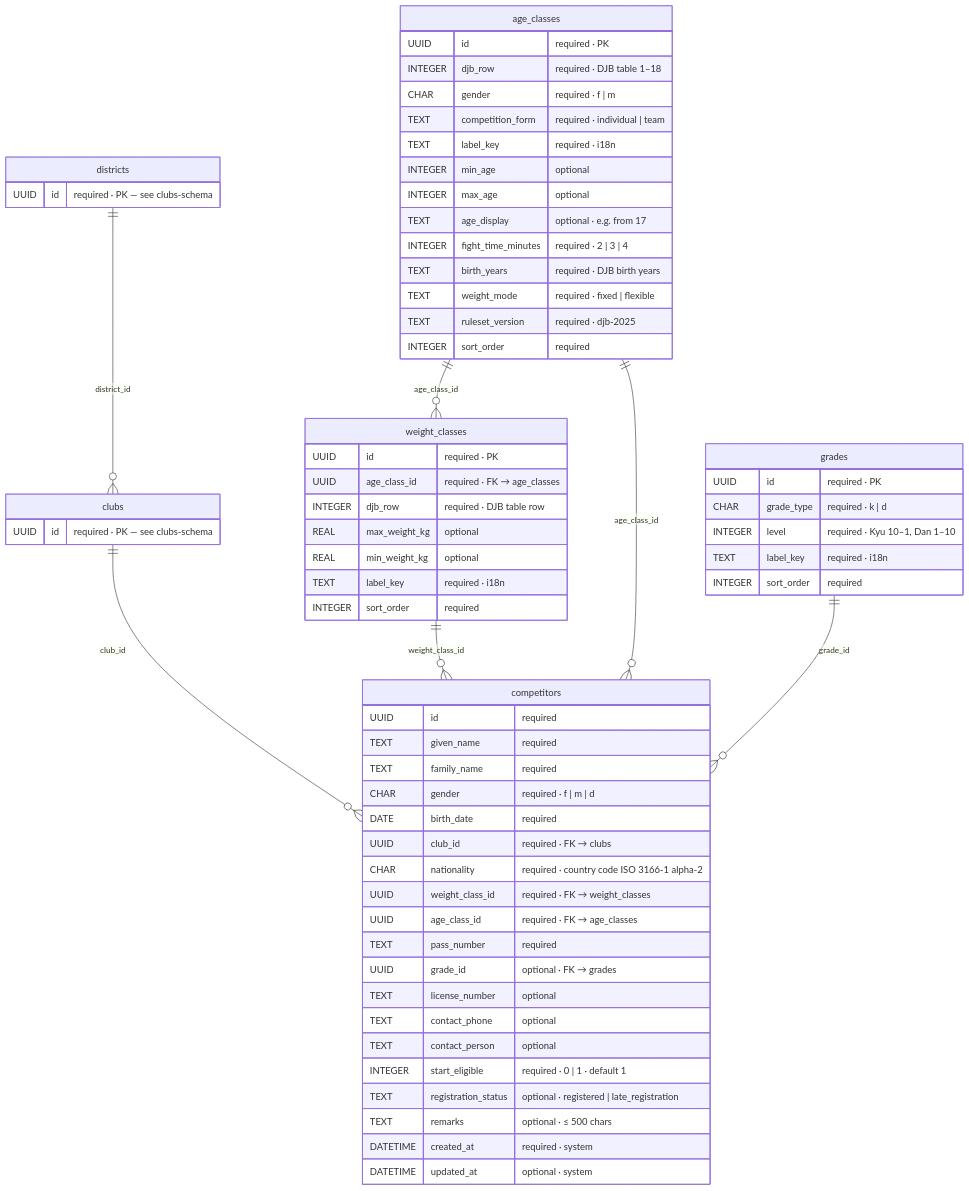
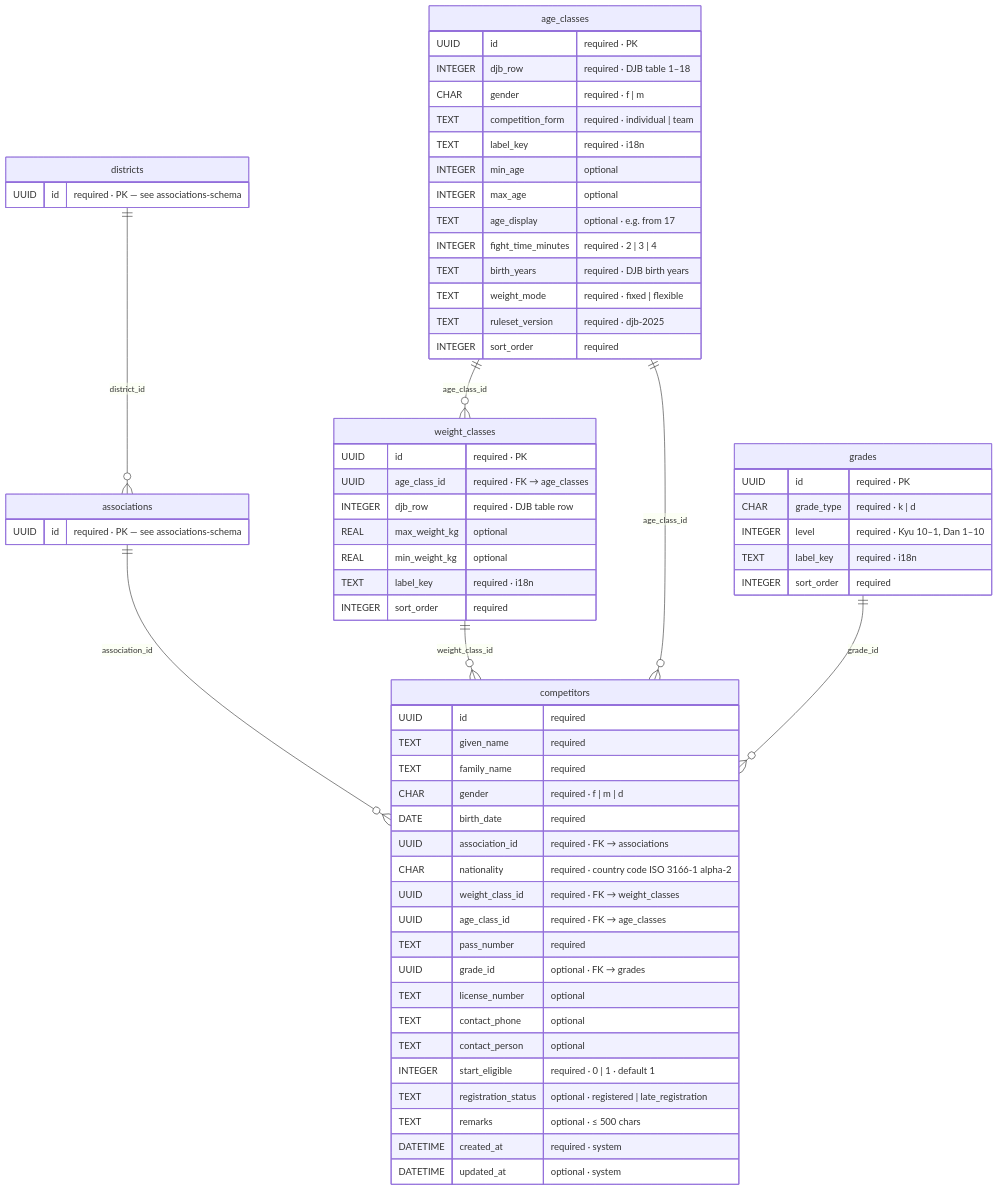
The first of 3 diagrams in docs/database/participants-schema.md (AK2083/DojoSphere), drawn with Mermaid before and after one commit. The commit also changed other lines of this file and 171 other files, not shown here.

````diff
--- a/docs/database/participants-schema.md
+++ b/docs/database/participants-schema.md
@@ -11,67 +11,67 @@
 ```mermaid
 erDiagram
-  districts ||--o{ clubs : "district_id"
-  clubs ||--o{ competitors : "club_id"
+  districts ||--o{ associations : "district_id"
+  associations ||--o{ competitors : "association_id"
   weight_classes ||--o{ competitors : "weight_class_id"
   age_classes ||--o{ competitors : "age_class_id"
   grades ||--o{ competitors : "grade_id"
   age_classes ||--o{ weight_classes : "age_class_id"
-  clubs {
-    UUID id "required · PK — see clubs-schema"
+  associations {
+    UUID id "required · PK — see associations-schema"
   }
   districts {
-    UUID id "required · PK — see clubs-schema"
+    UUID id "required · PK — see associations-schema"
   }
   weight_classes {
     UUID id "required · PK"
     UUID age_class_id "required · FK → age_classes"
     INTEGER djb_row "required · DJB table row"
     REAL max_weight_kg "optional"
     REAL min_weight_kg "optional"
     TEXT label_key "required · i18n"
     INTEGER sort_order "required"
   }
   age_classes {
     UUID id "required · PK"
     INTEGER djb_row "required · DJB table 1–18"
     CHAR gender "required · f | m"
     TEXT competition_form "required · individual | team"
     TEXT label_key "required · i18n"
     INTEGER min_age "optional"
     INTEGER max_age "optional"
     TEXT age_display "optional · e.g. from 17"
     INTEGER fight_time_minutes "required · 2 | 3 | 4"
     TEXT birth_years "required · DJB birth years"
     TEXT weight_mode "required · fixed | flexible"
     TEXT ruleset_version "required · djb-2025"
     INTEGER sort_order "required"
   }
   grades {
     UUID id "required · PK"
     CHAR grade_type "required · k | d"
     INTEGER level "required · Kyu 10–1, Dan 1–10"
     TEXT label_key "required · i18n"
     INTEGER sort_order "required"
   }
   competitors {
     UUID id "required"
     TEXT given_name "required"
     TEXT family_name "required"
     CHAR gender "required · f | m | d"
     DATE birth_date "required"
-    UUID club_id "required · FK → clubs"
+    UUID association_id "required · FK → associations"
     CHAR nationality "required · country code ISO 3166-1 alpha-2"
     UUID weight_class_id "required · FK → weight_classes"
     UUID age_class_id "required · FK → age_classes"
     TEXT pass_number "required"
     UUID grade_id "optional · FK → grades"
     TEXT license_number "optional"
     TEXT contact_phone "optional"
     TEXT contact_person "optional"
     INTEGER start_eligible "required · 0 | 1 · default 1"
     TEXT registration_status "optional · registered | late_registration"
     TEXT remarks "optional · ≤ 500 chars"
     DATETIME created_at "required · system"
     DATETIME updated_at "optional · system"
   }
 ```
````
